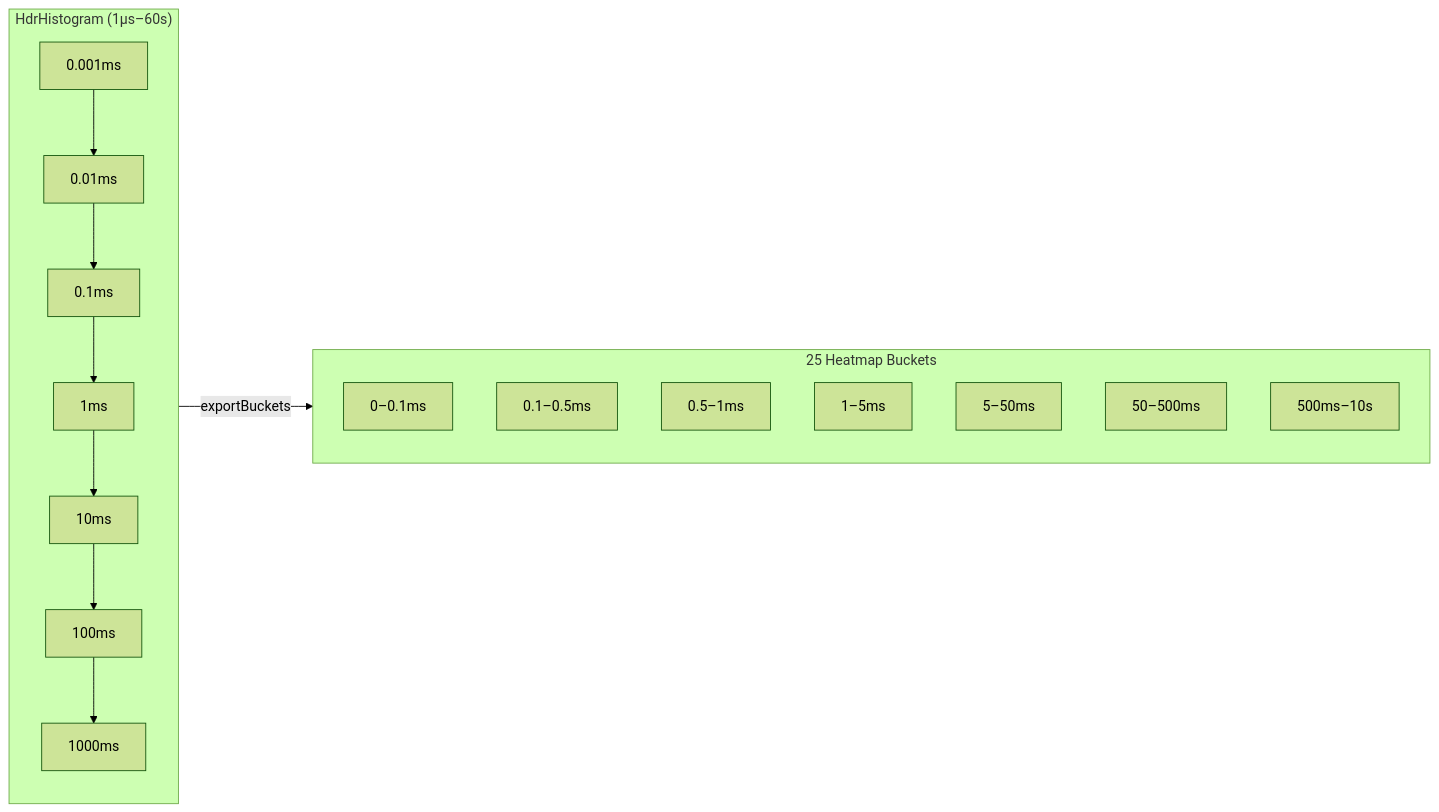
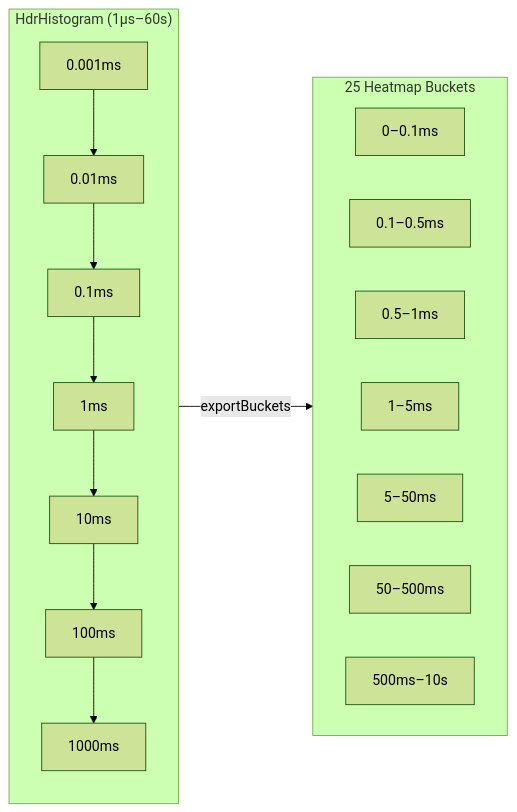
The third of 8 diagrams in docs/book/02-architecture.md (actions-marketplace-validations/bmscomp_kates), drawn with Mermaid (forest theme) before and after one commit. The commit also changed other lines of this file and 21 other files, not shown here.

First line of the commit message:
docs(book): readable code and diagrams, and a light/dark theme (#187)

````diff
--- a/docs/book/02-architecture.md
+++ b/docs/book/02-architecture.md
@@ -129,18 +129,20 @@
 ```mermaid
 graph LR
     subgraph Internal["HdrHistogram (1µs–60s)"]
+        direction TB
         B1["0.001ms"] --> B2["0.01ms"] --> B3["0.1ms"] --> B4["1ms"] --> B5["10ms"] --> B6["100ms"] --> B7["1000ms"]
     end
     
     subgraph Export["25 Heatmap Buckets"]
+        direction LR
         H1["0–0.1ms"]
         H2["0.1–0.5ms"]
         H3["0.5–1ms"]
         H4["1–5ms"]
         H5["5–50ms"]
         H6["50–500ms"]
         H7["500ms–10s"]
     end
     
     Internal -->|exportBuckets| Export
 ```
````
